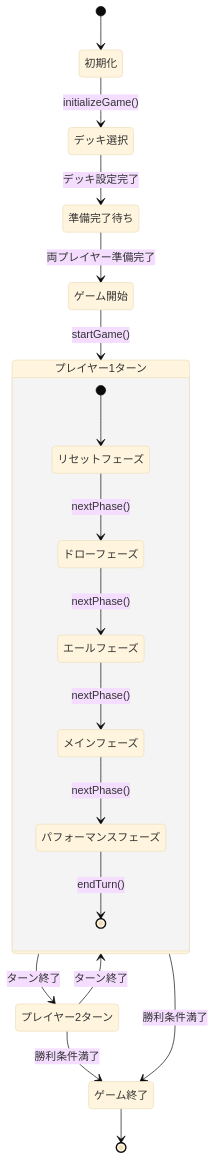
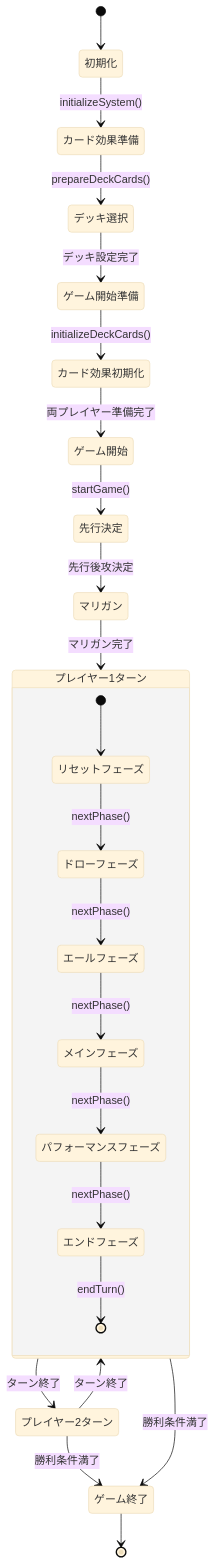
One commit to ikachan-desuyo/hololive_card_list_check changed the first of 21 diagrams in battle_simulator/docs/STATE_FLOW.md. Above: the diagram before and after it, drawn with Mermaid (base theme). The commit also changed other lines of this file and 10 other files, not shown here.

````diff
--- a/battle_simulator/docs/STATE_FLOW.md
+++ b/battle_simulator/docs/STATE_FLOW.md
@@ -5,23 +5,28 @@
 ```mermaid
 stateDiagram-v2
     [*] --> 初期化
-    初期化 --> デッキ選択 : initializeGame()
-    デッキ選択 --> 準備完了待ち : デッキ設定完了
-    準備完了待ち --> ゲーム開始 : 両プレイヤー準備完了
-    ゲーム開始 --> プレイヤー1ターン : startGame()
+    初期化 --> カード効果準備 : initializeSystem()
+    カード効果準備 --> デッキ選択 : prepareDeckCards()
+    デッキ選択 --> ゲーム開始準備 : デッキ設定完了
+    ゲーム開始準備 --> カード効果初期化 : initializeDeckCards()
+    カード効果初期化 --> ゲーム開始 : 両プレイヤー準備完了
+    ゲーム開始 --> 先行決定 : startGame()
+    先行決定 --> マリガン : 先行後攻決定
+    マリガン --> プレイヤー1ターン : マリガン完了
     
     state プレイヤー1ターン {
         [*] --> リセットフェーズ
         リセットフェーズ --> ドローフェーズ : nextPhase()
         ドローフェーズ --> エールフェーズ : nextPhase()
         エールフェーズ --> メインフェーズ : nextPhase()
         メインフェーズ --> パフォーマンスフェーズ : nextPhase()
-        パフォーマンスフェーズ --> [*] : endTurn()
+        パフォーマンスフェーズ --> エンドフェーズ : nextPhase()
+        エンドフェーズ --> [*] : endTurn()
     }
     
     プレイヤー1ターン --> プレイヤー2ターン : ターン終了
     プレイヤー2ターン --> プレイヤー1ターン : ターン終了
     プレイヤー1ターン --> ゲーム終了 : 勝利条件満了
     プレイヤー2ターン --> ゲーム終了 : 勝利条件満了
     ゲーム終了 --> [*]
 ```
````
